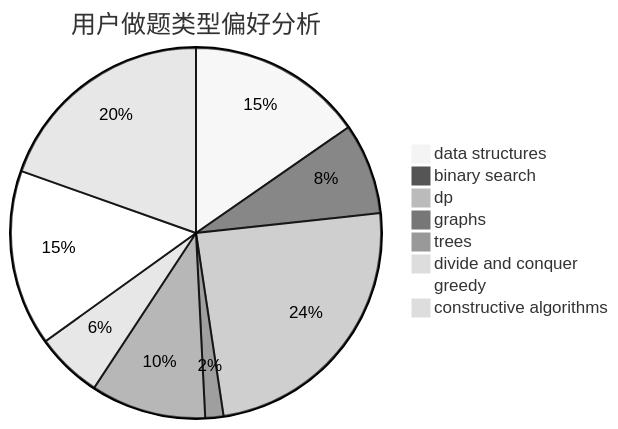
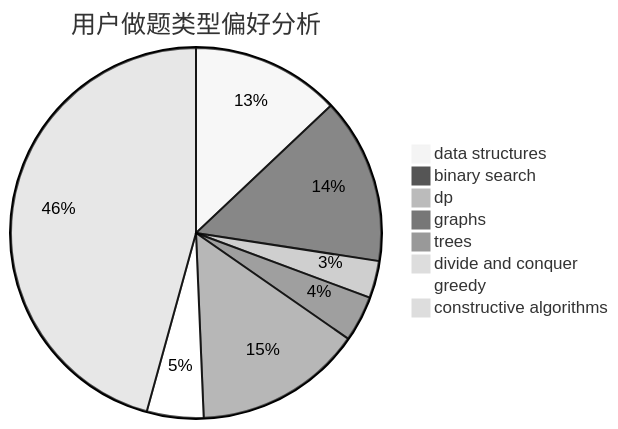
One commit to sherpahu/cfrs.github.io changed the second of 3 diagrams in docs/user/u1566.md. Above: the diagram before and after it, drawn with Mermaid (neutral theme). The commit also changed other lines of this file and 2770 other files, not shown here.

````diff
--- a/docs/user/u1566.md
+++ b/docs/user/u1566.md
@@ -23,11 +23,11 @@
 ```mermaid
 pie title 用户做题类型偏好分析
-    "data structures" :  29
-    "binary search" :  15
-    "dp" :  46
-    "graphs" :  3
-    "trees" :  19
-    "divide and conquer" :  11
-    "greedy" :  29
-    "constructive algorithms" :  37
+    "data structures" :  68
+    "binary search" :  76
+    "dp" :  17
+    "graphs" :  21
+    "trees" :  77
+    "divide and conquer" :  1
+    "greedy" :  26
+    "constructive algorithms" :  240
 ```
````
